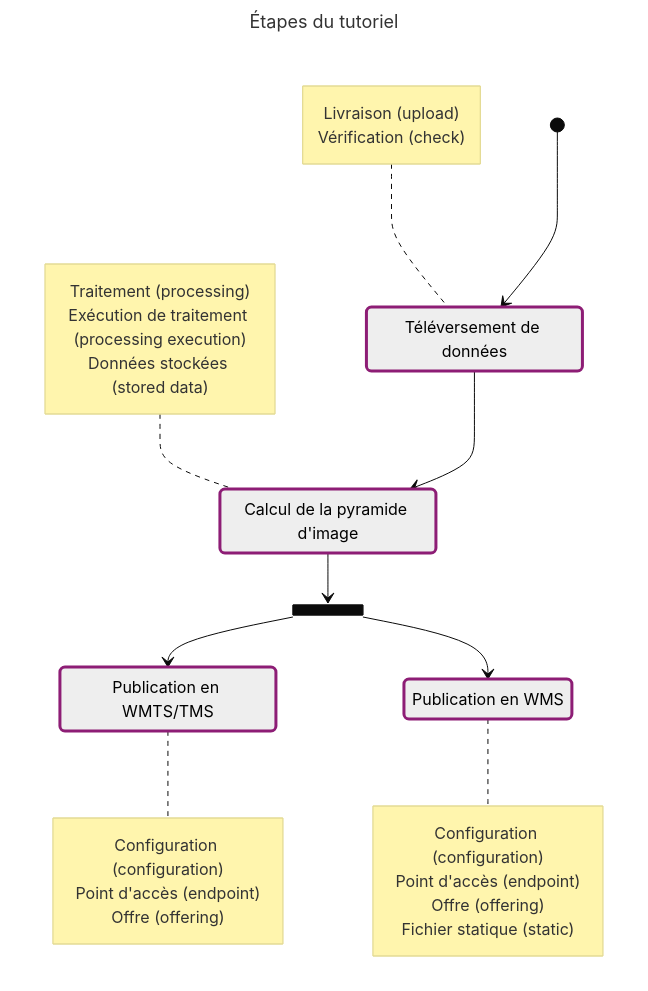
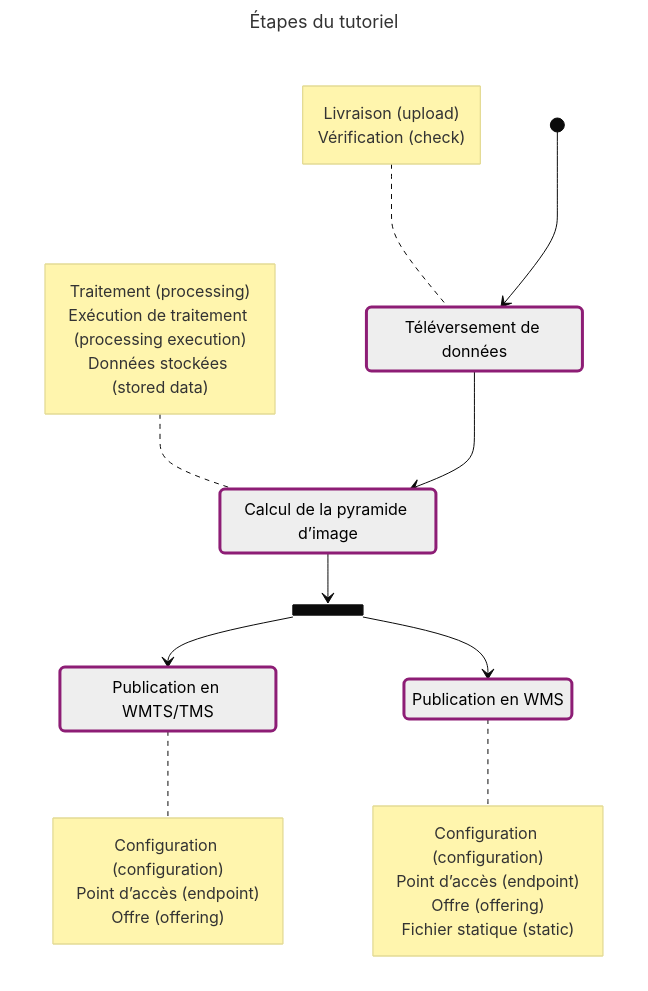
The first of 2 diagrams in content/fr/guides-developpeur/tutoriels/gestion-des-donnees-raster/alimentation-diffusion-raster.md (IGNF/cartes.gouv.fr-documentation), drawn with Mermaid (base theme) before and after one commit. The commit also changed other lines of this file and 205 other files, not shown here.

````diff
--- a/content/fr/guides-developpeur/tutoriels/gestion-des-donnees-raster/alimentation-diffusion-raster.md
+++ b/content/fr/guides-developpeur/tutoriels/gestion-des-donnees-raster/alimentation-diffusion-raster.md
@@ -14,47 +15,47 @@
 ```mermaid
 ---
 title: Étapes du tutoriel
 ---
 stateDiagram
 
 
     TEL: Téléversement de données
     note left of TEL
         Livraison (upload)
         Vérification (check)
     end note
 
-    PYR: Calcul de la pyramide d'image
+    PYR: Calcul de la pyramide d’image
     note left of PYR
         Traitement (processing)
         Exécution de traitement (processing execution)
         Données stockées (stored data)
     end note
 
     PUB_TILED: Publication en WMTS/TMS
     note right of PUB_TILED
         Configuration (configuration)
-        Point d'accès (endpoint)
+        Point d’accès (endpoint)
         Offre (offering)
     end note
 
     PUB_WMS: Publication en WMS
     note right of PUB_WMS
         Configuration (configuration)
-        Point d'accès (endpoint)
+        Point d’accès (endpoint)
         Offre (offering)
         Fichier statique (static)
     end note
 
     state fork_state <<fork>>
 
     [*] --> TEL
     TEL --> PYR
     PYR --> fork_state
     fork_state --> PUB_TILED
     fork_state --> PUB_WMS
 
     classDef concepts fill:#eee,stroke:#8d1d75,stroke-width:3px,color:#000;
 
     class TEL,PYR,PUB_TILED,PUB_WMS concepts
 ```
````
